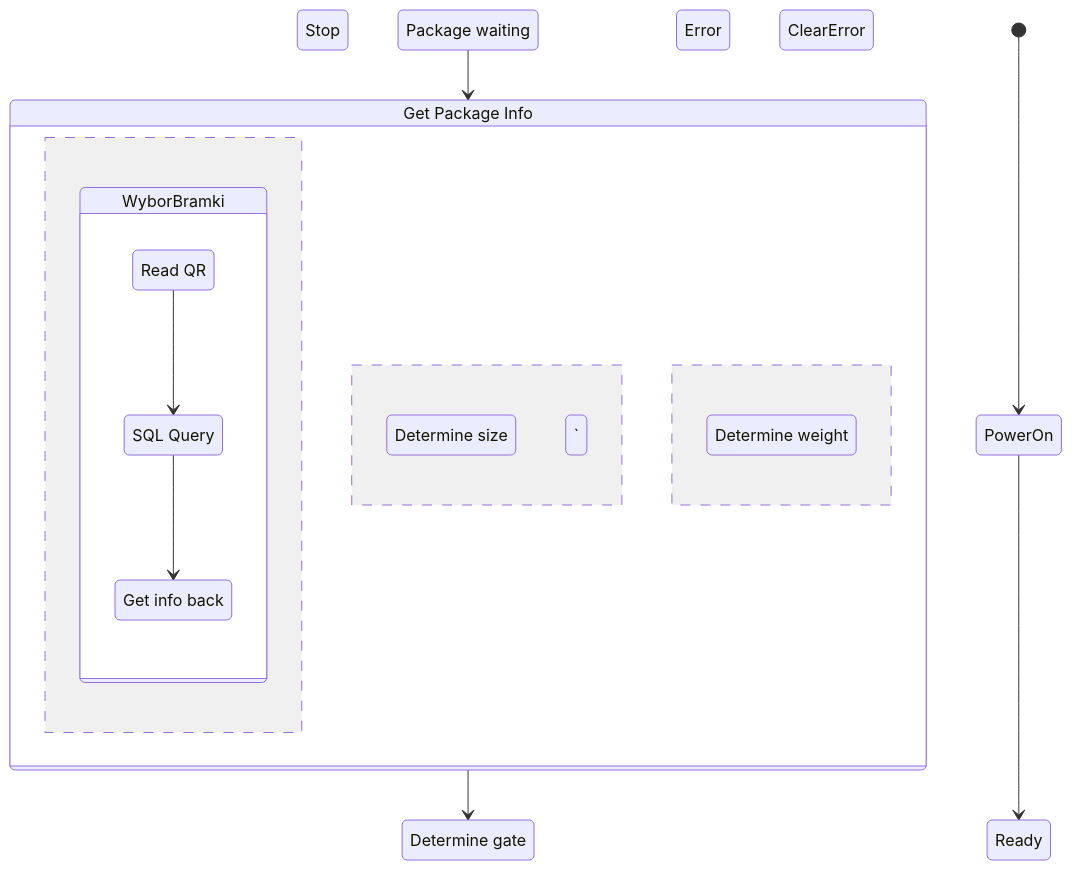
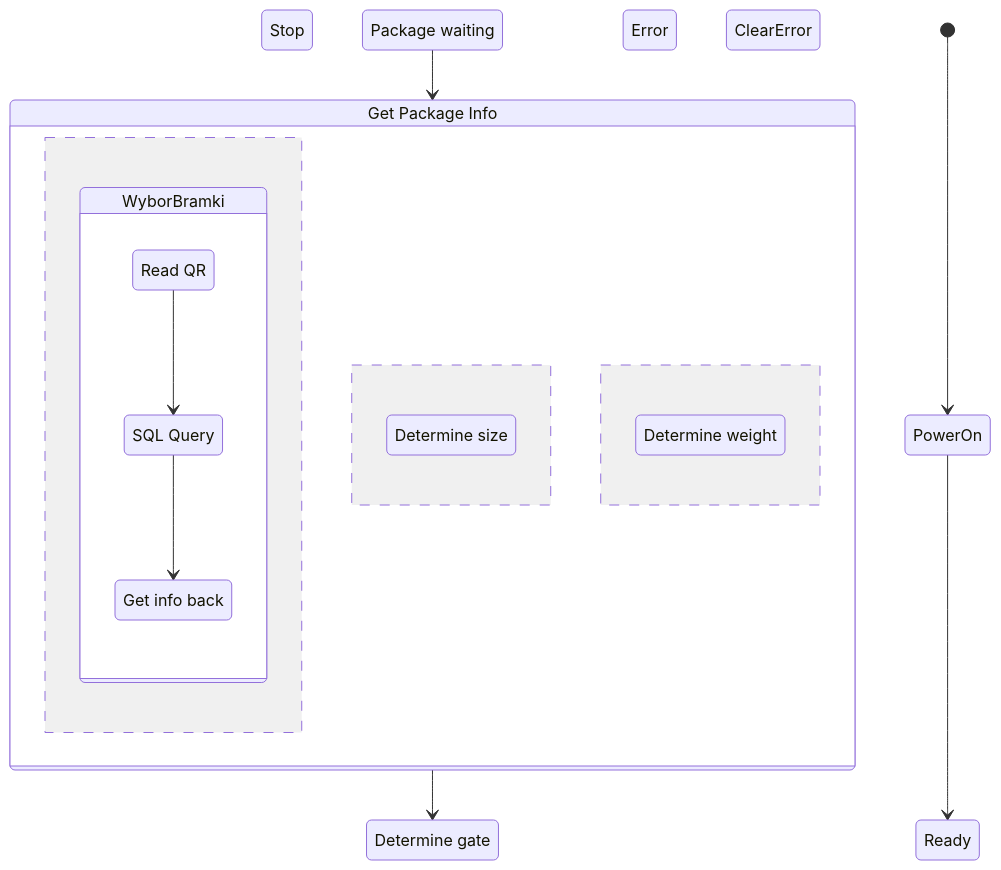
The diagram in README.md (oskarjozwik/ProjektPrzejsciowy), drawn with Mermaid before and after one commit.

````diff
--- a/README.md
+++ b/README.md
@@ -1,37 +1,37 @@
 ```mermaid
 stateDiagram-v2
 %% https://mermaid.ai/open-source/syntax/stateDiagram.html 
 %% definiowanie stanóœ
     PowerOn
     Stop
     Ready
     s1: Package waiting
     s2: Get Package Info
     s3: Read QR
     s4: SQL Query
     s5: Get info back
     s6: Determine gate
     s7: Determine size
     s8: Determine weight
     
 
     s100: Error
     s101: ClearError
 %% opis relacji
     [*] --> PowerOn
     PowerOn --> Ready
     s1 --> s2
     state s2 {
         WyborBramki
         --
-    `   s7
+        s7
         --
         s8      
     }
     s2 --> s6
     
     state WyborBramki{
         s3 --> s4
         s4 --> s5
     } 
 ```
````
